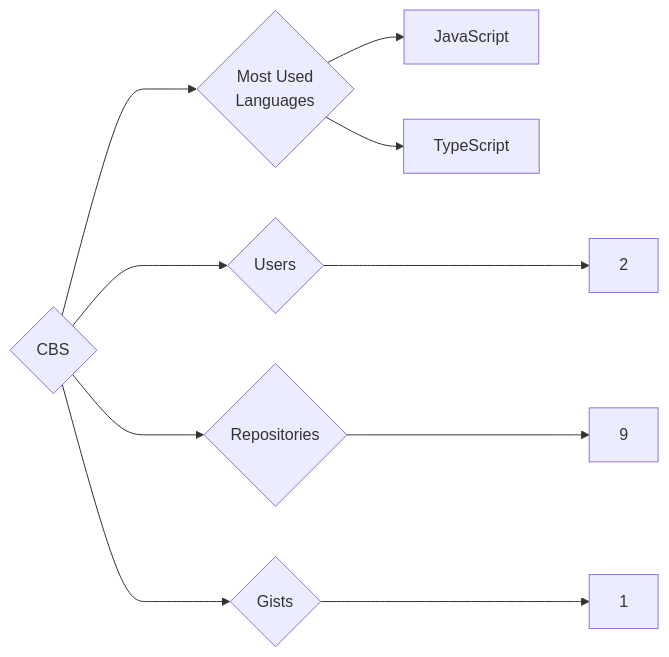
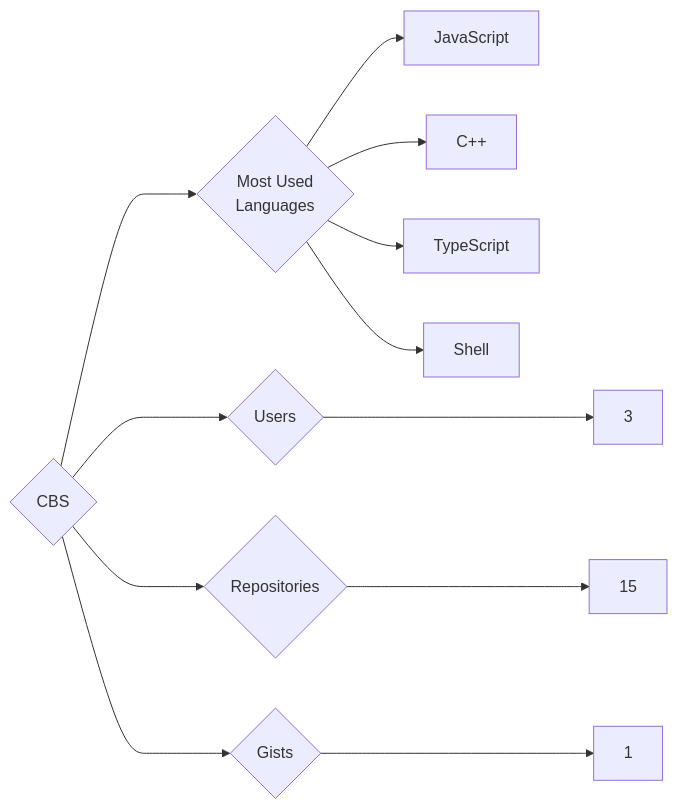
The diagram in targets/CBS/README.md (trickest/insiders), drawn with Mermaid before and after one commit. The commit also changed 1023 other files, not shown here.

````diff
--- a/targets/CBS/README.md
+++ b/targets/CBS/README.md
@@ -3,10 +3,12 @@
 ```mermaid
 graph LR
 COMPANY_NAME{CBS}
-COMPANY_NAME ---> U{Users} ---> UN[2]
-COMPANY_NAME ---> R{Repositories} ---> RN[9]
+COMPANY_NAME ---> U{Users} ---> UN[3]
+COMPANY_NAME ---> R{Repositories} ---> RN[15]
 COMPANY_NAME ---> G{Gists} ---> GN[1]
 COMPANY_NAME ---> ML{Most Used<br>Languages}
 ML --> JavaScript[JavaScript]
+ML --> C++[C++]
 ML --> TypeScript[TypeScript]
+ML --> Shell[Shell]
 ```
````
